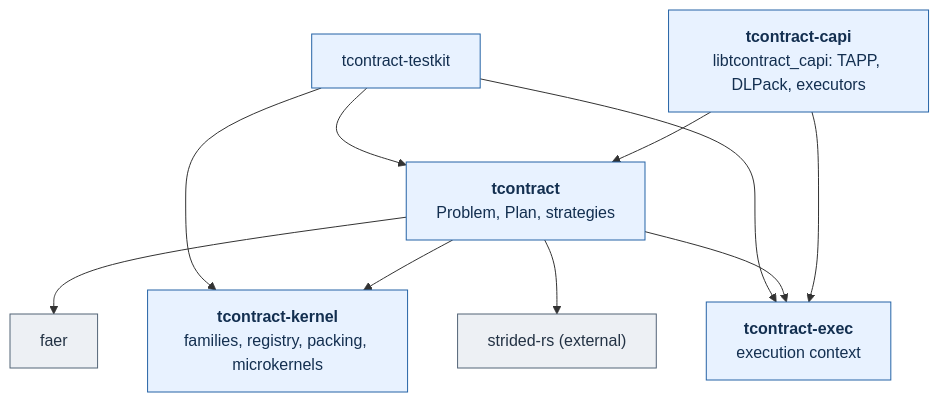
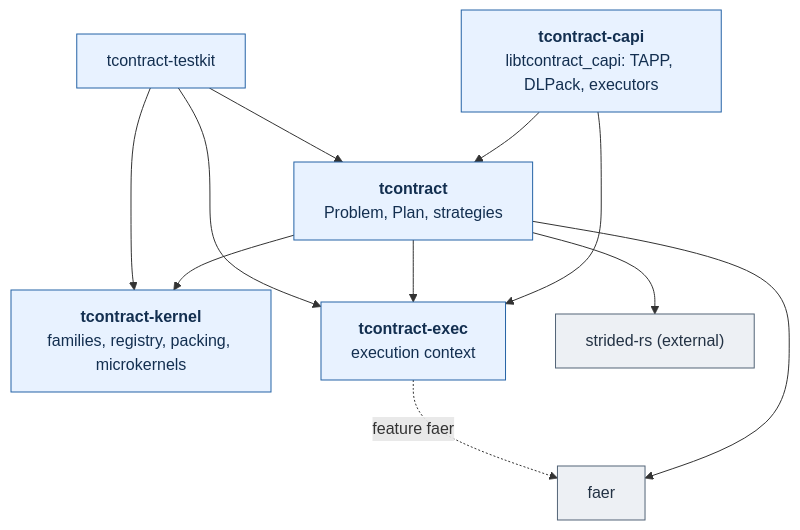
Before and after one commit to tensor4all/tcontract-rs: the diagram in README.md, drawn with Mermaid. The commit also changed other lines of this file and 12 other files, not shown here.

````diff
--- a/README.md
+++ b/README.md
@@ -45,23 +48,24 @@
 ```mermaid
 flowchart TB
     CAPI["<b>tcontract-capi</b><br/>libtcontract_capi: TAPP, DLPack, executors"]
     CT["<b>tcontract</b><br/>Problem, Plan, strategies"]
     GK["<b>tcontract-kernel</b><br/>families, registry, packing, microkernels"]
     EX["<b>tcontract-exec</b><br/>execution context"]
     FA["faer"]
     ST["strided-rs (external)"]
     TK["tcontract-testkit"]
     CAPI --> CT
     CAPI --> EX
     CT --> GK
     CT --> EX
     CT --> FA
+    EX -. "feature faer" .-> FA
     CT --> ST
     TK --> CT
     TK --> GK
     TK --> EX
     classDef own fill:#e8f2ff,stroke:#2563a6,color:#132f50
     classDef ext fill:#edf0f4,stroke:#536477,color:#233244
     class CAPI,CT,GK,EX,TK own
     class FA,ST ext
 ```
````
